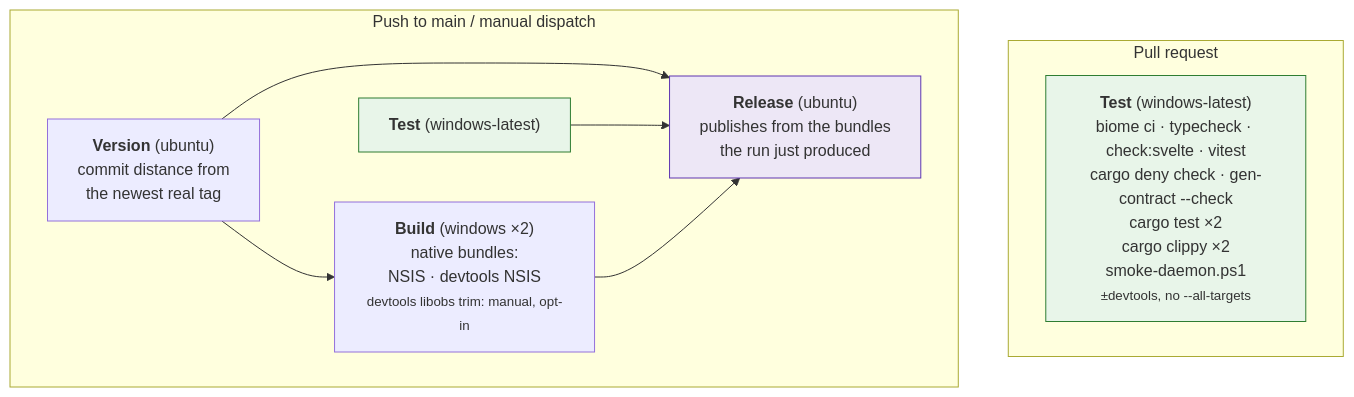
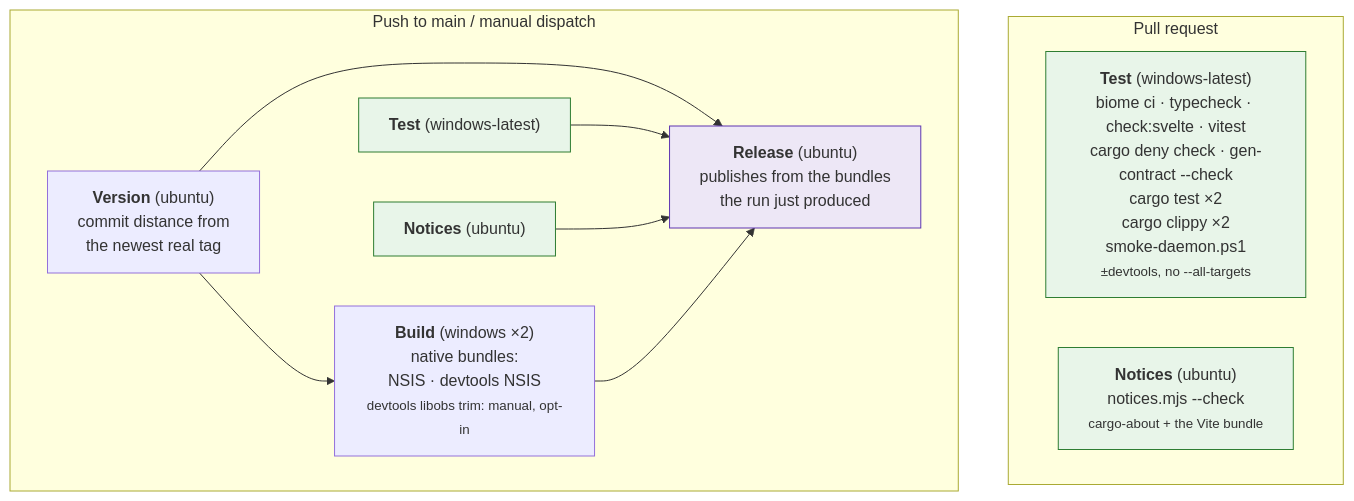
The first of 3 diagrams in docs/ci-and-releases.md (NinjaGoldfinch/ninja-recorder), drawn with Mermaid before and after one commit. The commit also changed other lines of this file and 11 other files, not shown here.

````diff
--- a/docs/ci-and-releases.md
+++ b/docs/ci-and-releases.md
@@ -14,19 +14,24 @@
 ```mermaid
 flowchart TB
     subgraph PR["Pull request"]
         T1["<b>Test</b> (windows-latest)<br/>biome ci · typecheck · check:svelte · vitest<br/>cargo deny check · gen-contract --check<br/>cargo test ×2<br/>cargo clippy ×2<br/>smoke-daemon.ps1<br/><small>±devtools, no --all-targets</small>"]
+        N1["<b>Notices</b> (ubuntu)<br/>notices.mjs --check<br/><small>cargo-about + the Vite bundle</small>"]
     end
     subgraph MAIN["Push to main / manual dispatch"]
         T["<b>Test</b> (windows-latest)"]
+        N["<b>Notices</b> (ubuntu)"]
         V["<b>Version</b> (ubuntu)<br/>commit distance from<br/>the newest real tag"]
         B["<b>Build</b> (windows ×2)<br/>native bundles:<br/>NSIS · devtools NSIS<br/><small>devtools libobs trim: manual, opt-in</small>"]
         R["<b>Release</b> (ubuntu)<br/>publishes from the bundles<br/>the run just produced"]
         V --> B
         V --> R
         T --> R
+        N --> R
         B --> R
     end
     style T1 fill:#e8f5e9,stroke:#2e7d32
     style T fill:#e8f5e9,stroke:#2e7d32
+    style N1 fill:#e8f5e9,stroke:#2e7d32
+    style N fill:#e8f5e9,stroke:#2e7d32
     style R fill:#ede7f6,stroke:#5e35b1
 ```
````
